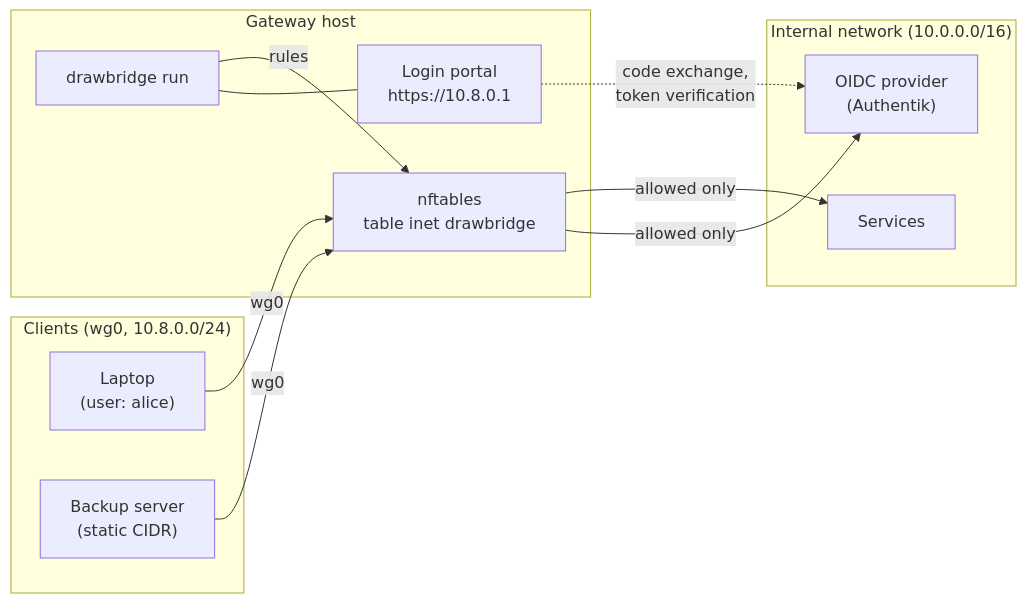
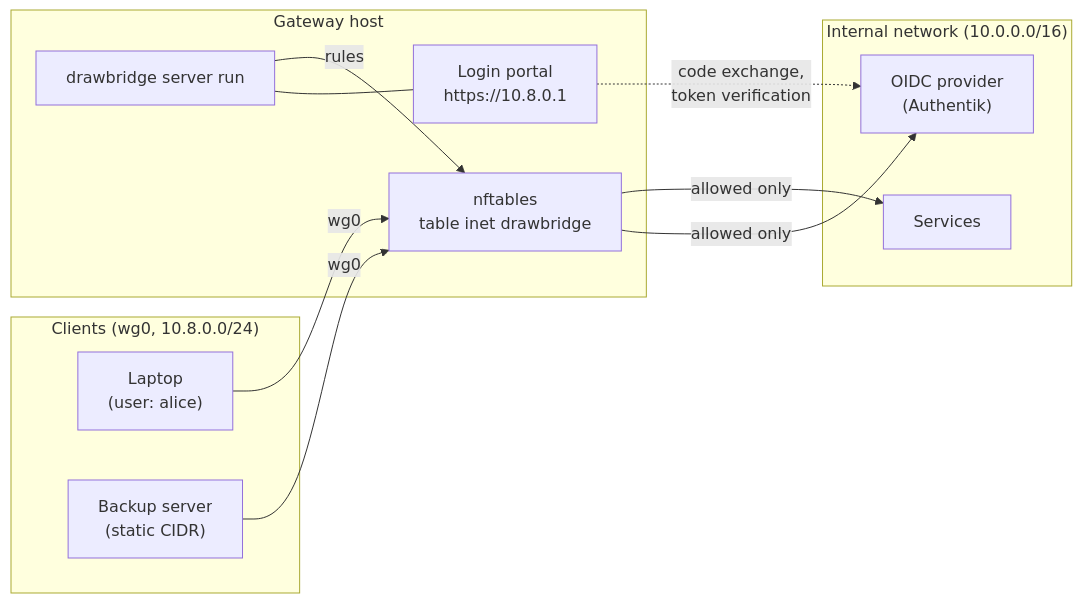
One commit to ChrisPortman/Drawbridge changed the first of 5 diagrams in README.md. Above: the diagram before and after it, drawn with Mermaid. The commit also changed other lines of this file and 25 other files, not shown here.

````diff
--- a/README.md
+++ b/README.md
@@ -15,23 +15,23 @@
 ```mermaid
 flowchart LR
     subgraph clients["Clients (wg0, 10.8.0.0/24)"]
         laptop["Laptop<br/>(user: alice)"]
         backup["Backup server<br/>(static CIDR)"]
     end
     subgraph gw["Gateway host"]
         nft["nftables<br/>table inet drawbridge"]
         portal["Login portal<br/>https://10.8.0.1"]
-        db["drawbridge run"]
+        db["drawbridge server run"]
         db -- "rules" --> nft
         db --- portal
     end
     subgraph internal["Internal network (10.0.0.0/16)"]
         idp["OIDC provider<br/>(Authentik)"]
         apps["Services"]
     end
     laptop -- "wg0" --> nft
     backup -- "wg0" --> nft
     nft -- "allowed only" --> apps
     nft -- "allowed only" --> idp
     portal -. "code exchange,<br/>token verification" .-> idp
 ```
````
